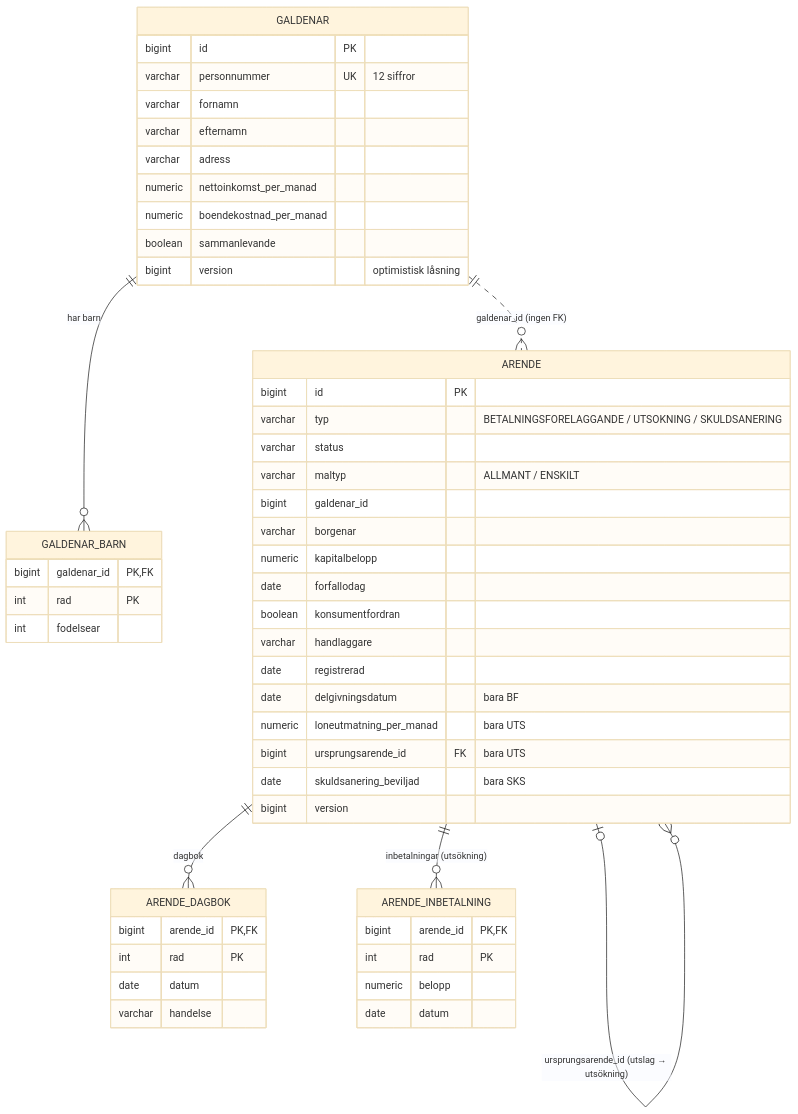
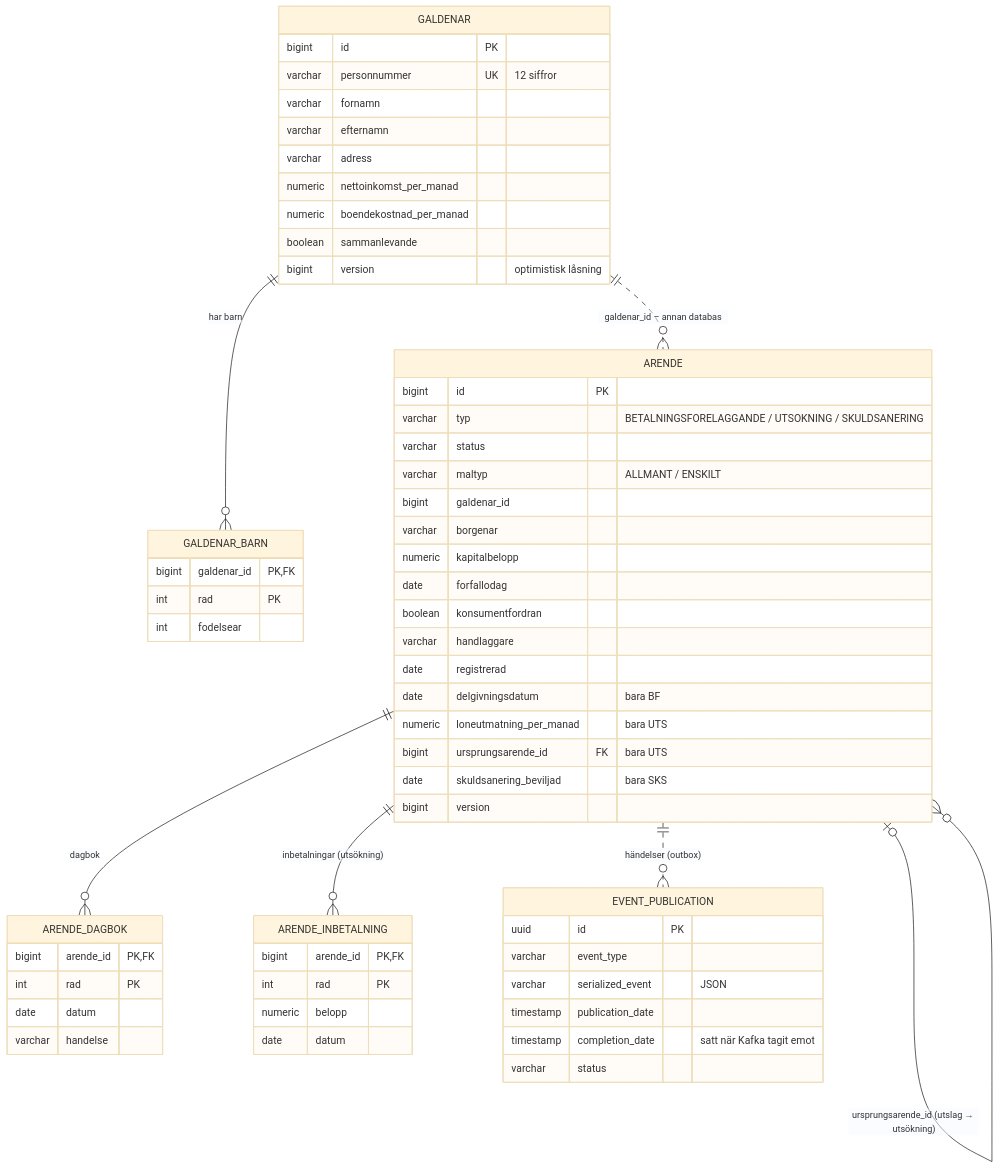
Diagram 15 of 15 in docs/diagram.md (JudyTutala95/skuld-handlaggning), drawn with Mermaid (base theme) before and after one commit. The commit also changed other lines of this file and 216 other files, not shown here.

````diff
--- a/docs/diagram.md
+++ b/docs/diagram.md
@@ -703,55 +757,64 @@
 ```mermaid
 erDiagram
     GALDENAR ||--o{ GALDENAR_BARN : "har barn"
-    GALDENAR ||..o{ ARENDE : "galdenar_id (ingen FK)"
+    GALDENAR ||..o{ ARENDE : "galdenar_id – annan databas"
     ARENDE ||--o{ ARENDE_DAGBOK : "dagbok"
     ARENDE ||--o{ ARENDE_INBETALNING : "inbetalningar (utsökning)"
     ARENDE |o--o{ ARENDE : "ursprungsarende_id (utslag → utsökning)"
+    ARENDE ||..o{ EVENT_PUBLICATION : "händelser (outbox)"
 
     GALDENAR {
         bigint id PK
         varchar personnummer UK "12 siffror"
         varchar fornamn
         varchar efternamn
         varchar adress
         numeric nettoinkomst_per_manad
         numeric boendekostnad_per_manad
         boolean sammanlevande
         bigint version "optimistisk låsning"
     }
     GALDENAR_BARN {
         bigint galdenar_id PK, FK
         int rad PK
         int fodelsear
     }
     ARENDE {
         bigint id PK
         varchar typ "BETALNINGSFORELAGGANDE / UTSOKNING / SKULDSANERING"
         varchar status
         varchar maltyp "ALLMANT / ENSKILT"
         bigint galdenar_id
         varchar borgenar
         numeric kapitalbelopp
         date forfallodag
         boolean konsumentfordran
         varchar handlaggare
         date registrerad
         date delgivningsdatum "bara BF"
         numeric loneutmatning_per_manad "bara UTS"
         bigint ursprungsarende_id FK "bara UTS"
         date skuldsanering_beviljad "bara SKS"
         bigint version
     }
     ARENDE_DAGBOK {
         bigint arende_id PK, FK
         int rad PK
         date datum
         varchar handelse
     }
     ARENDE_INBETALNING {
         bigint arende_id PK, FK
         int rad PK
         numeric belopp
         date datum
     }
+    EVENT_PUBLICATION {
+        uuid id PK
+        varchar event_type
+        varchar serialized_event "JSON"
+        timestamp publication_date
+        timestamp completion_date "satt när Kafka tagit emot"
+        varchar status
+    }
 ```
````
